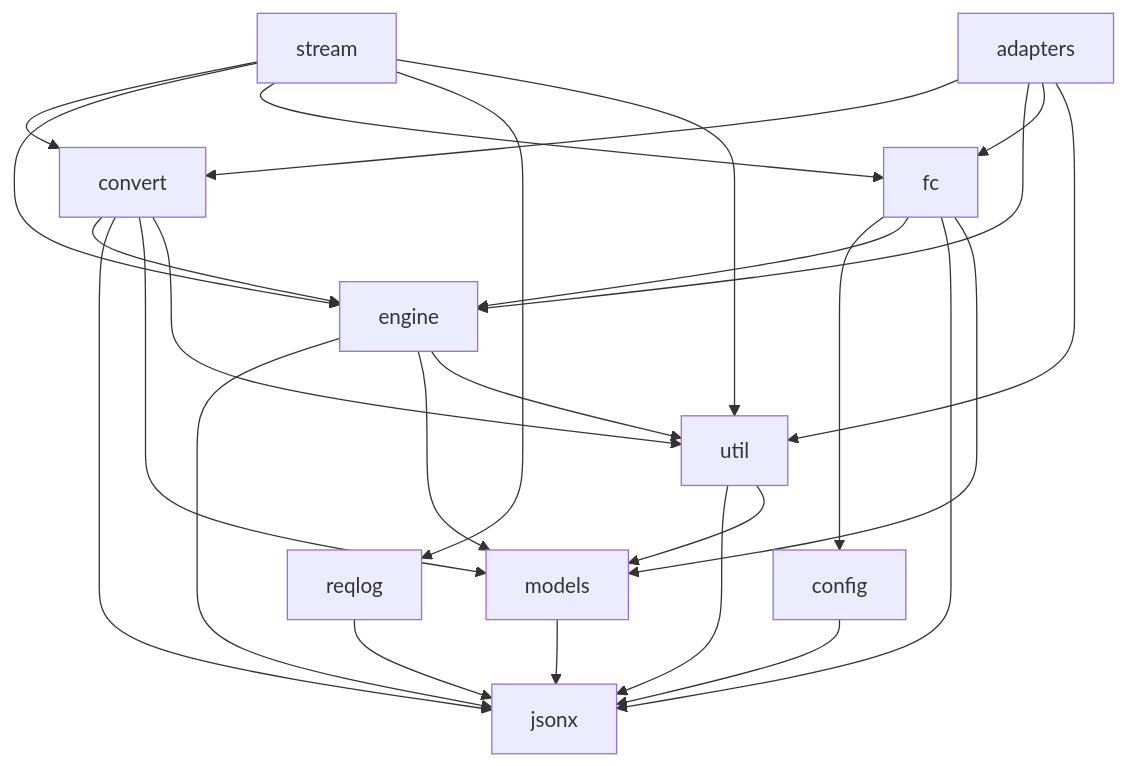
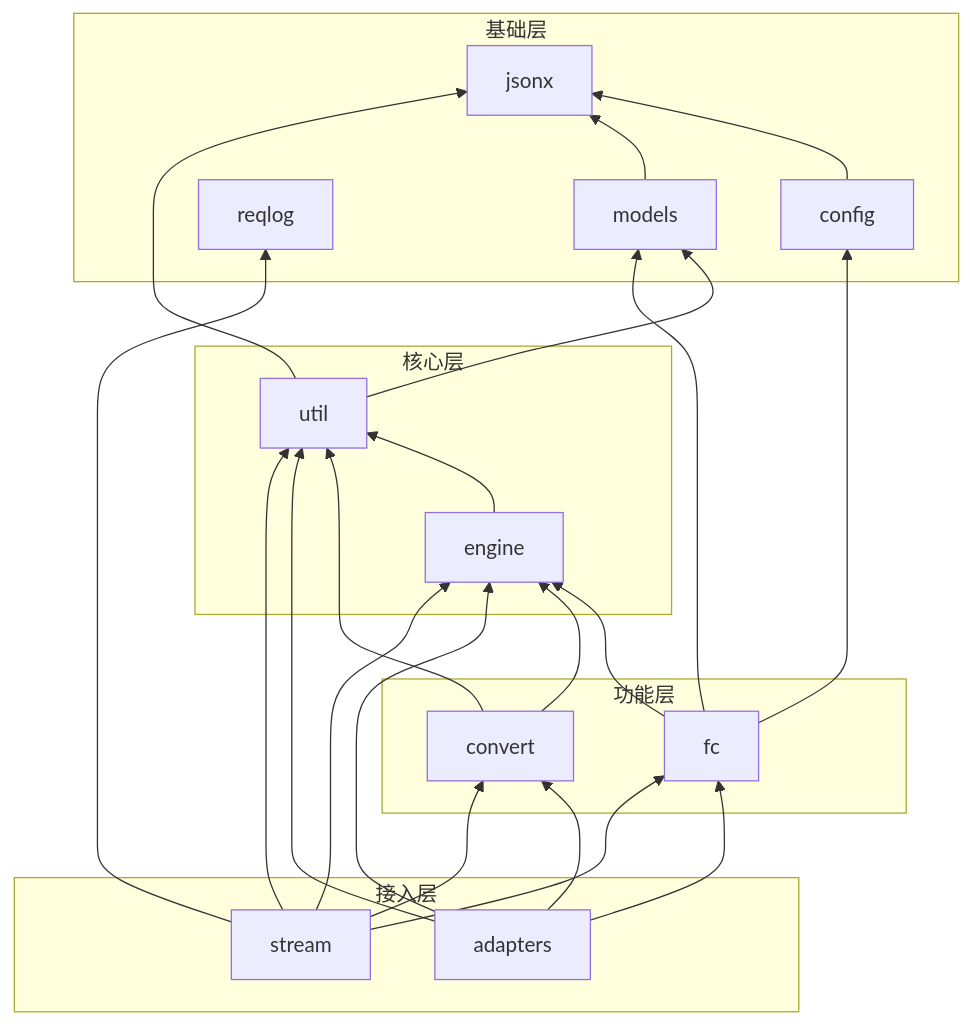
One commit to Sliverkiss/toolkit changed the third of 3 diagrams in README.md. Above: the diagram before and after it, drawn with Mermaid. The commit also changed other lines of this file, not shown here.

Commit message:
docs: 架构图改 TB 纵向管线+配色，包依赖图改分层 BT 布局

````diff
--- a/README.md
+++ b/README.md
@@ -129,10 +132,29 @@
 ```mermaid
-flowchart TD
-    stream --> convert & engine & fc & reqlog & util
-    adapters --> convert & engine & fc & util
-    convert --> engine & jsonx & models & util
-    fc --> config & engine & jsonx & models
-    engine --> jsonx & models & util
-    models & reqlog & config --> jsonx
+flowchart BT
+    subgraph L0["基础层"]
+        jsonx
+        models
+        reqlog
+        config
+    end
+    subgraph L1["核心层"]
+        util
+        engine
+    end
+    subgraph L2["功能层"]
+        fc
+        convert
+    end
+    subgraph L3["接入层"]
+        stream
+        adapters
+    end
+    stream --> fc & convert & engine & reqlog & util
+    adapters --> fc & convert & engine & util
+    convert --> engine & util
+    fc --> engine & config & models
+    engine --> util
     util --> jsonx & models
+    models --> jsonx
+    config --> jsonx
 ```
````
